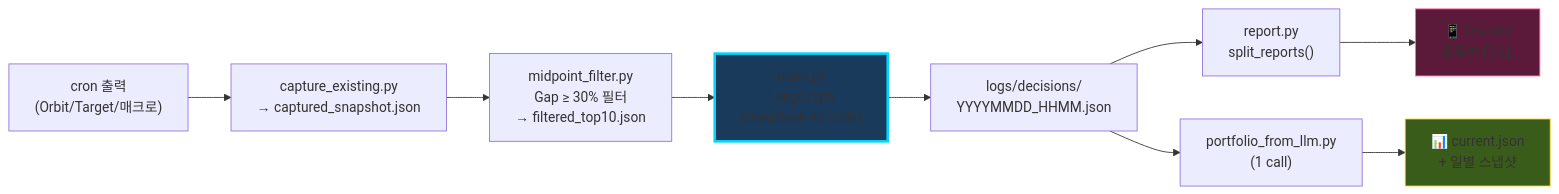
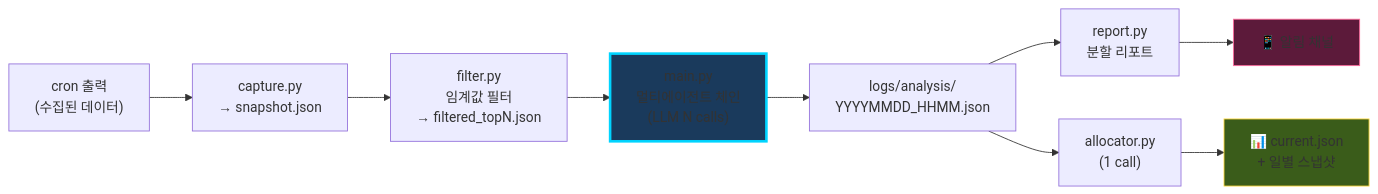
One commit to mybotagent/hermes-architecture-deck changed the second of 2 diagrams in slides/03-pipeline.md. Above: the diagram before and after it, drawn with Mermaid. The commit also changed other lines of this file and 8 other files, not shown here.

First line of the commit message:
fix: mermaid ID 영문화 + 주식 내용 제거 + 카드형 인덱스

````diff
--- a/slides/03-pipeline.md
+++ b/slides/03-pipeline.md
@@ -43,16 +42,16 @@
 ```mermaid
 flowchart LR
-    CRON["cron 출력<br/>(Orbit/Target/매크로)"] --> CAP["capture_existing.py<br/>→ captured_snapshot.json"]
-    CAP --> FILT["midpoint_filter.py<br/>Gap ≥ 30% 필터<br/>→ filtered_top10.json"]
-    FILT --> LG["main.py<br/>LangGraph<br/>(DeepSeek 45 calls)"]
-    LG --> LOG["logs/decisions/<br/>YYYYMMDD_HHMM.json"]
-    LOG --> RPT["report.py<br/>split_reports()"]
-    RPT --> DISC["📱 Discord<br/>종목별 FULL"]
+    cron["cron 출력<br/>(수집된 데이터)"] --> cap["capture.py<br/>→ snapshot.json"]
+    cap --> filt["filter.py<br/>임계값 필터<br/>→ filtered_topN.json"]
+    filt --> chain["main.py<br/>멀티에이전트 체인<br/>(LLM N calls)"]
+    chain --> log["logs/analysis/<br/>YYYYMMDD_HHMM.json"]
+    log --> rpt["report.py<br/>분할 리포트"]
+    rpt --> notify["📱 알림 채널"]
 
-    LOG --> PORT["portfolio_from_llm.py<br/>(1 call)"]
-    PORT --> PORTF["📊 current.json<br/>+ 일별 스냅샷"]
+    log --> alloc["allocator.py<br/>(1 call)"]
+    alloc --> store["📊 current.json<br/>+ 일별 스냅샷"]
 
-    style LG fill:#1a3a5c,stroke:#00d4ff,stroke-width:3px
-    style DISC fill:#5c1a3a,stroke:#ff6b9d
-    style PORTF fill:#3a5c1a,stroke:#ffd93d
+    style chain fill:#1a3a5c,stroke:#00d4ff,stroke-width:3px
+    style notify fill:#5c1a3a,stroke:#ff6b9d
+    style store fill:#3a5c1a,stroke:#ffd93d
 ```
````
